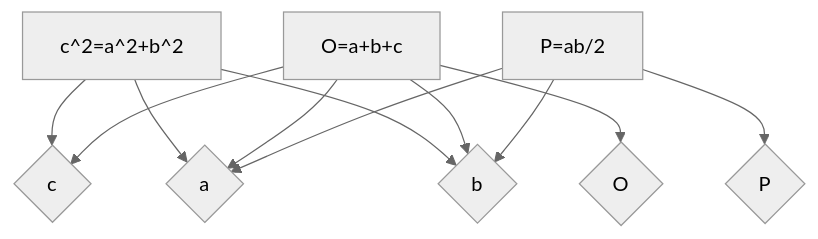
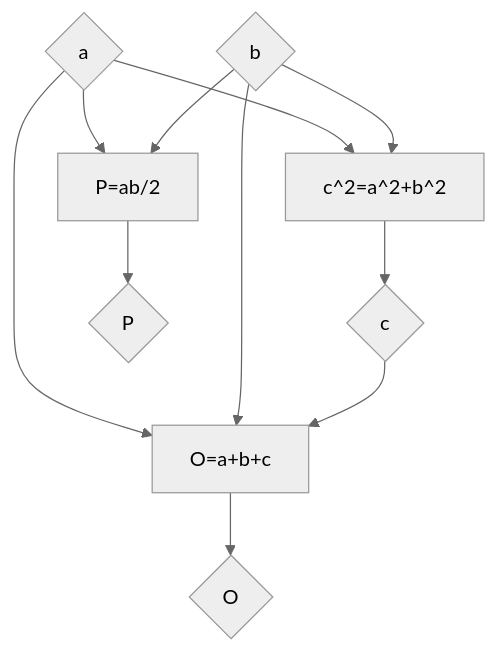
The first of 2 diagrams in 02-pitagora/README.md (ndjapic/mat7-2024), drawn with Mermaid (neutral theme) before and after one commit.

````diff
--- a/02-pitagora/README.md
+++ b/02-pitagora/README.md
@@ -11,13 +11,13 @@
 ```mermaid
 graph TD;
     PT[c^2=a^2+b^2] --> C{c};
-    PT --> A{a};
-    PT --> B{b};
+    A{a} --> PT;
+    B{b} --> PT;
     FO[O=a+b+c] --> O{O};
-    FO --> A{a};
-    FO --> B{b};
-    FO --> C{c};
+    A --> FO;
+    B --> FO;
+    C --> FO;
     FP[P=ab/2] --> P{P};
-    FP --> A{a};
-    FP --> B{b};
+    A --> FP;
+    B --> FP;
 ```
````
